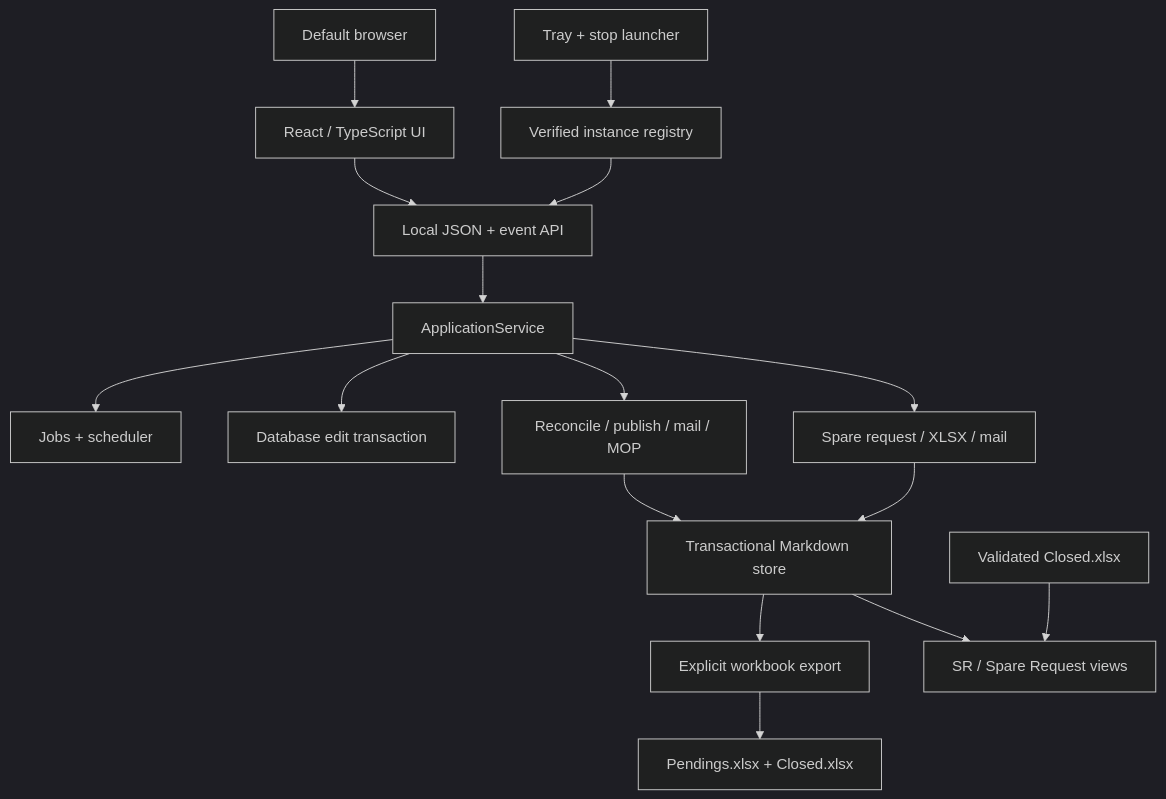
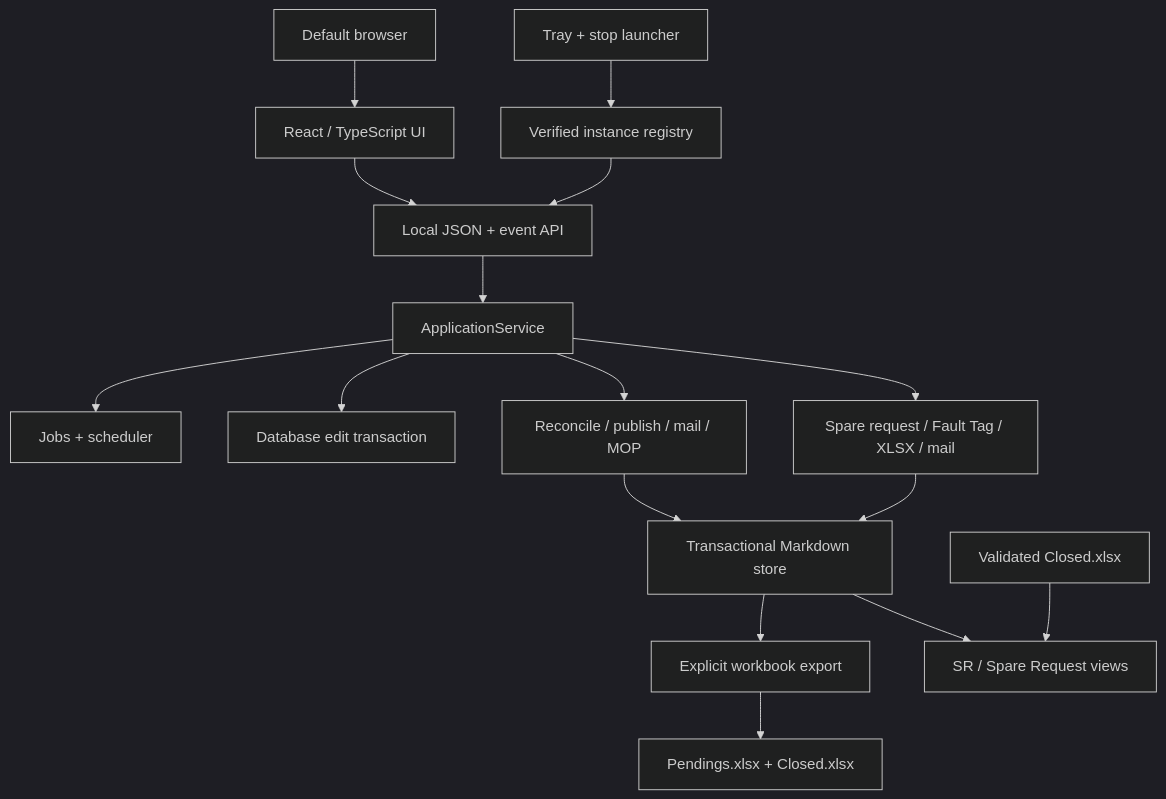
Before and after one commit to guidoduchi/zeus: the diagram in docs/ARCHITECTURE.md, drawn with Mermaid (dark theme). The commit also changed other lines of this file and 64 other files, not shown here.

Commit message:
Zeus 3.1.7: add Fault Tag workflow and interaction polish

````diff
--- a/docs/ARCHITECTURE.md
+++ b/docs/ARCHITECTURE.md
@@ -5,18 +5,18 @@
 ```mermaid
 flowchart TD
     Browser["Default browser"] --> UI["React / TypeScript UI"]
     UI --> API["Local JSON + event API"]
     Runtime["Tray + stop launcher"] --> Registry["Verified instance registry"]
     Registry --> API
     API --> Service["ApplicationService"]
     Service --> Jobs["Jobs + scheduler"]
     Service --> Edit["Database edit transaction"]
     Service --> Core["Reconcile / publish / mail / MOP"]
-    Service --> Spare["Spare request / XLSX / mail"]
+    Service --> Spare["Spare request / Fault Tag / XLSX / mail"]
     Core --> Store["Transactional Markdown store"]
     Store --> Export["Explicit workbook export"]
     Export --> Books["Pendings.xlsx + Closed.xlsx"]
     Spare --> Store
     Store --> Views["SR / Spare Request views"]
     Closed["Validated Closed.xlsx"] --> Views
 ```
````
